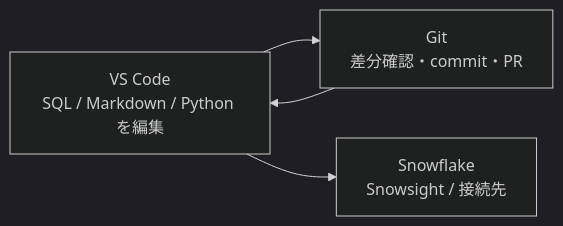
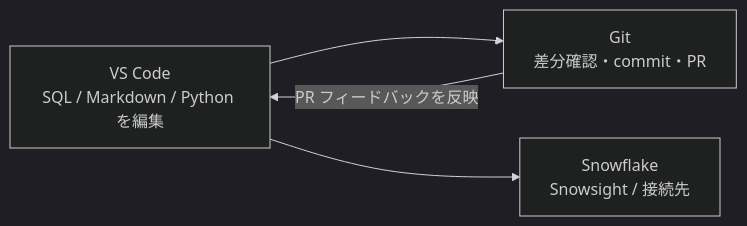
The diagram in sql/A7_vscode.md (Katsunori04/snowflake-hands-on), drawn with Mermaid (dark theme) before and after one commit. The commit also changed other lines of this file, not shown here.

````diff
--- a/sql/A7_vscode.md
+++ b/sql/A7_vscode.md
@@ -63,10 +63,10 @@
 ```mermaid
 flowchart LR
     A["VS Code\nSQL / Markdown / Python を編集"]
     B["Git\n差分確認・commit・PR"]
     C["Snowflake\nSnowsight / 接続先"]
 
     A --> B
     A --> C
-    B --> A
+    B -->|"PR フィードバックを反映"| A
 ```
````
